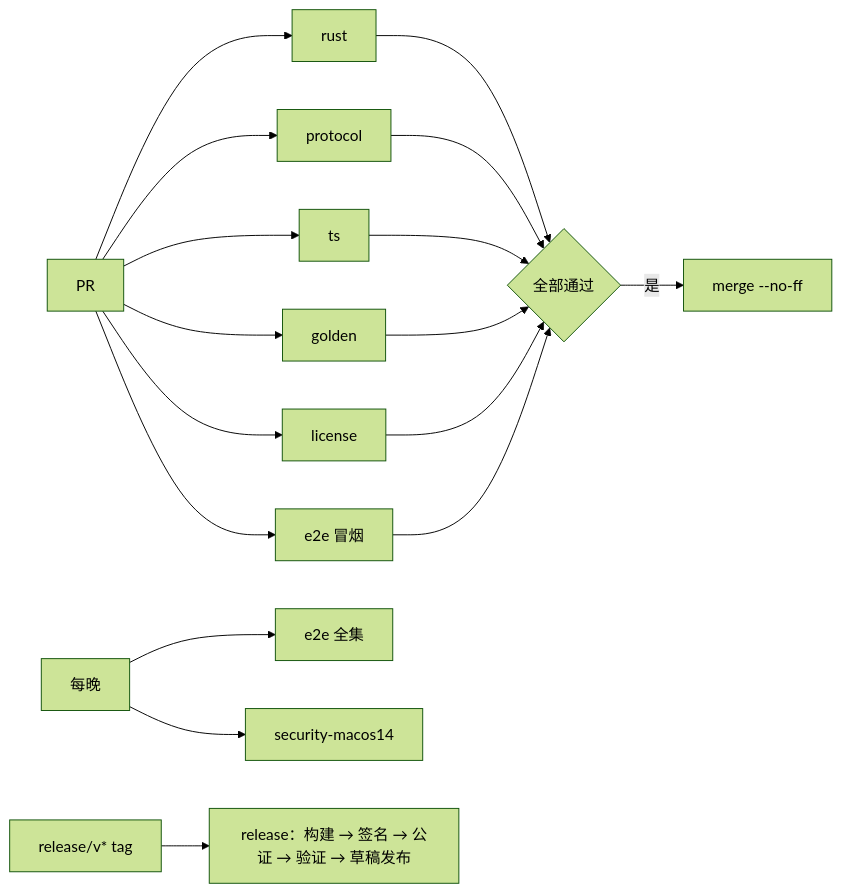
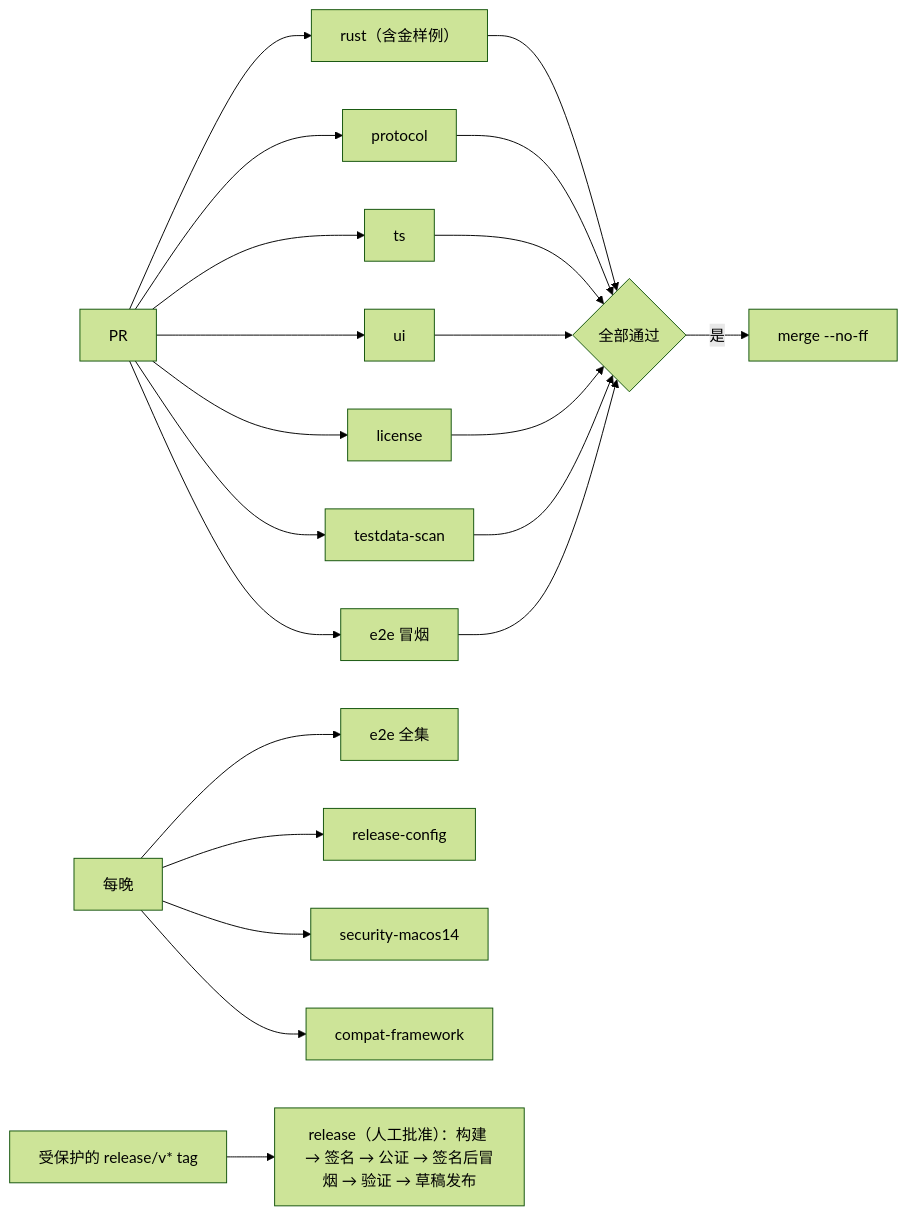
Before and after one commit to boris-w/cupper: the diagram in docs/design/01-repo-build-ci.md, drawn with Mermaid (forest theme). The commit also changed other lines of this file and 5 other files, not shown here.

````diff
--- a/docs/design/01-repo-build-ci.md
+++ b/docs/design/01-repo-build-ci.md
@@ -136,8 +144,8 @@
 ```mermaid
 flowchart LR
-  PR["PR"] --> R["rust"] & P["protocol"] & T["ts"] & G["golden"] & L["license"] & E["e2e 冒烟"]
-  R & P & T & G & L & E --> M{"全部通过"}
+  PR["PR"] --> R["rust（含金样例）"] & P["protocol"] & T["ts"] & U["ui"] & L["license"] & D["testdata-scan"] & E["e2e 冒烟"]
+  R & P & T & U & L & D & E --> M{"全部通过"}
   M -->|是| MERGE["merge --no-ff"]
-  NIGHT["每晚"] --> E2["e2e 全集"] & S14["security-macos14"]
-  TAG["release/v* tag"] --> REL["release：构建 → 签名 → 公证 → 验证 → 草稿发布"]
+  NIGHT["每晚"] --> E2["e2e 全集"] & RC["release-config"] & S14["security-macos14"] & CF["compat-framework"]
+  TAG["受保护的 release/v* tag"] --> REL["release（人工批准）：构建 → 签名 → 公证 → 签名后冒烟 → 验证 → 草稿发布"]
 ```
````
